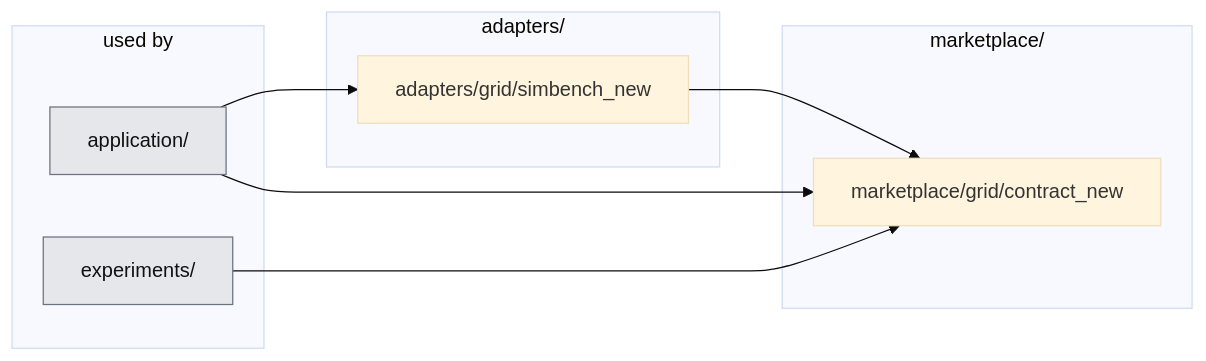
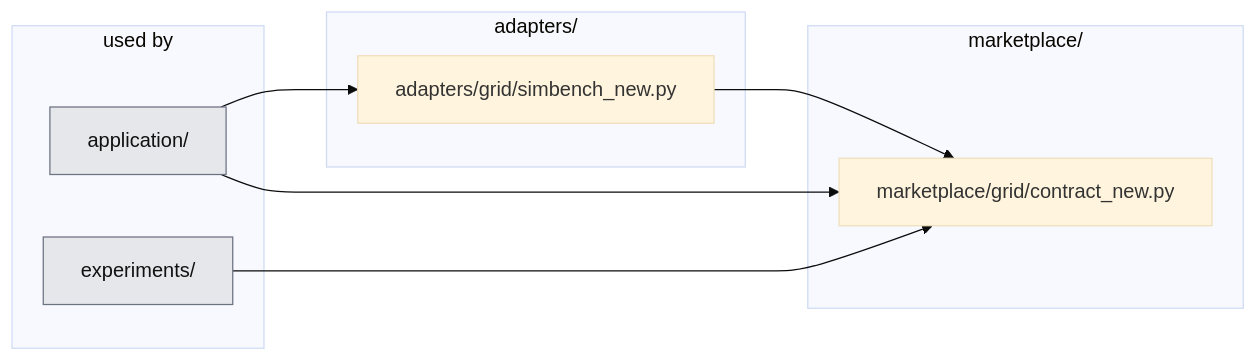
One commit to KevinRapo/P2P-thesis changed the second of 2 diagrams in docs_thesis/thesis/architecture/01-simbench-grid.md. Above: the diagram before and after it, drawn with Mermaid (base theme). The commit also changed 5 other files, not shown here.

````diff
--- a/docs_thesis/thesis/architecture/01-simbench-grid.md
+++ b/docs_thesis/thesis/architecture/01-simbench-grid.md
@@ -67,18 +67,18 @@
 ```mermaid
 flowchart LR
   subgraph USERS["used by"]
     n_application__users_["application/"]:::ext
     n_experiments__users_["experiments/"]:::ext
   end
   subgraph g_adapters["adapters/"]
-    n_adapters_grid_simbench_new["adapters/grid/simbench_new"]
+    n_adapters_grid_simbench_new["adapters/grid/simbench_new.py"]
   end
   subgraph g_marketplace["marketplace/"]
-    n_marketplace_grid_contract_new["marketplace/grid/contract_new"]
+    n_marketplace_grid_contract_new["marketplace/grid/contract_new.py"]
   end
   n_adapters_grid_simbench_new --> n_marketplace_grid_contract_new
   n_application__users_ --> n_adapters_grid_simbench_new
   n_application__users_ --> n_marketplace_grid_contract_new
   n_experiments__users_ --> n_marketplace_grid_contract_new
   classDef ext fill:#e5e7eb,stroke:#6b7280,color:#111
 ```
````
